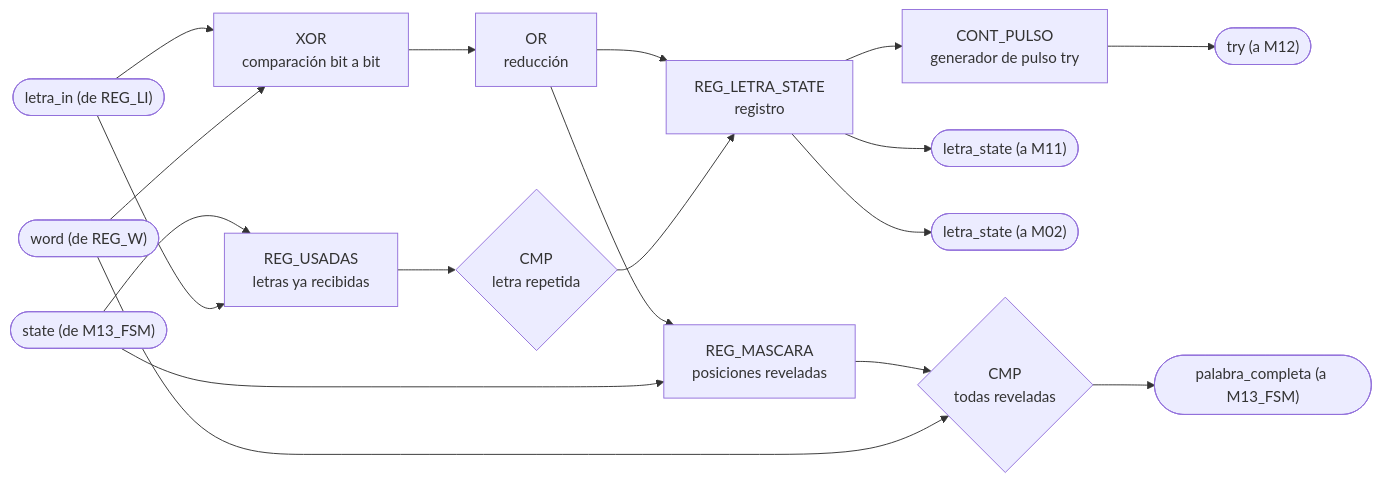
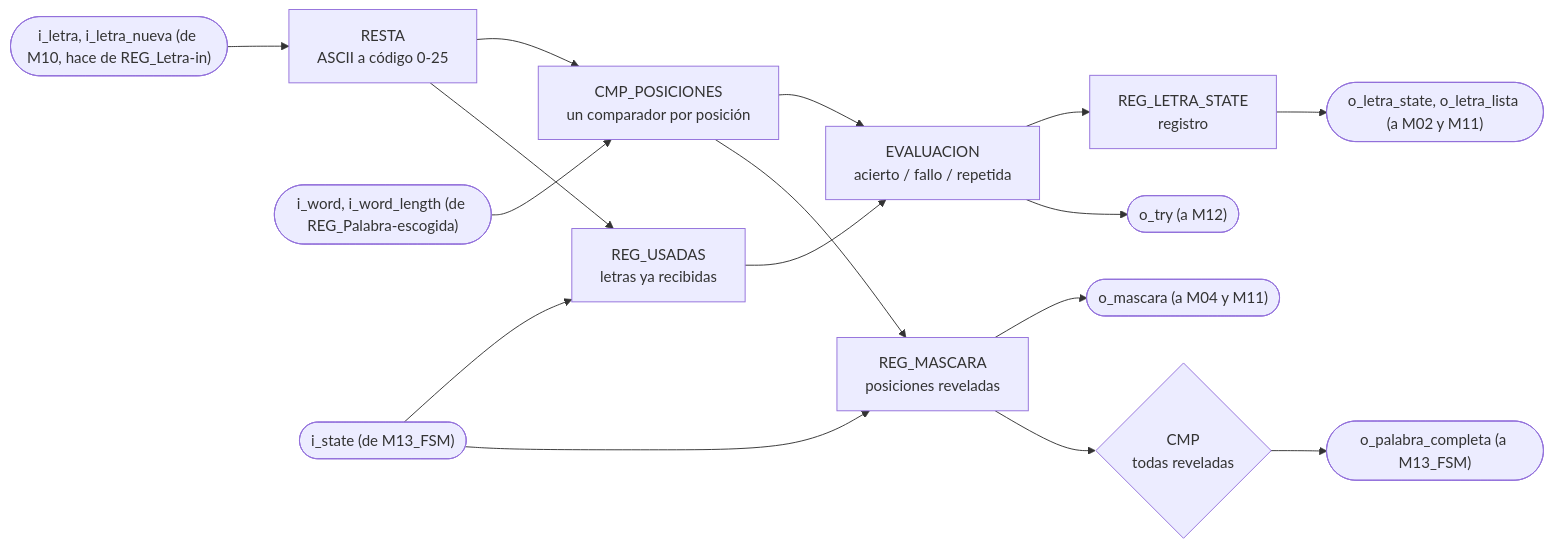
The eighth of 14 diagrams in docs/diseño/diagramas/nivel03.md (Taller-de-diseno-digital-GR01/Proyecto-2-Ahorcado), drawn with Mermaid before and after one commit. The commit also changed other lines of this file, not shown here.

````diff
--- a/docs/diseño/diagramas/nivel03.md
+++ b/docs/diseño/diagramas/nivel03.md
@@ -350,20 +352,18 @@
 ```mermaid
 flowchart LR
-    IN_LETRA(["letra_in (de REG_LI)"]) --> XOR1["XOR<br/>comparación bit a bit"]
-    IN_W(["word (de REG_W)"]) --> XOR1
-    XOR1 --> OR1["OR<br/>reducción"]
-    OR1 --> REG_ST["REG_LETRA_STATE<br/>registro"]
-    OR1 --> REG_MASC["REG_MASCARA<br/>posiciones reveladas"]
-    IN_STATE(["state (de M13_FSM)"]) --> REG_MASC
-    IN_STATE --> REG_USADAS["REG_USADAS<br/>letras ya recibidas"]
-    IN_LETRA --> REG_USADAS
-    REG_USADAS --> CMP_REP{"CMP<br/>letra repetida"}
-    CMP_REP --> REG_ST
+    IN_LETRA(["i_letra, i_letra_nueva (de M10, hace de REG_Letra-in)"]) --> CONV["RESTA<br/>ASCII a código 0-25"]
+    CONV --> CMP_POS["CMP_POSICIONES<br/>un comparador por posición"]
+    IN_W(["i_word, i_word_length (de REG_Palabra-escogida)"]) --> CMP_POS
+    CONV --> REG_USADAS["REG_USADAS<br/>letras ya recibidas"]
+    IN_STATE(["i_state (de M13_FSM)"]) --> REG_USADAS
+    IN_STATE --> REG_MASC["REG_MASCARA<br/>posiciones reveladas"]
+    CMP_POS --> EVAL["EVALUACION<br/>acierto / fallo / repetida"]
+    REG_USADAS --> EVAL
+    CMP_POS --> REG_MASC
+    EVAL --> REG_ST["REG_LETRA_STATE<br/>registro"]
+    REG_ST --> OUT_ST(["o_letra_state, o_letra_lista (a M02 y M11)"])
+    EVAL --> OUT_TRY(["o_try (a M12)"])
+    REG_MASC --> OUT_MASC(["o_mascara (a M04 y M11)"])
     REG_MASC --> CMP_FIN{"CMP<br/>todas reveladas"}
-    IN_W --> CMP_FIN
-    CMP_FIN --> OUT_COMP(["palabra_completa (a M13_FSM)"])
-    REG_ST --> OUT_M11(["letra_state (a M11)"])
-    REG_ST --> OUT_M02(["letra_state (a M02)"])
-    REG_ST --> CNT1["CONT_PULSO<br/>generador de pulso try"]
-    CNT1 --> OUT_TRY(["try (a M12)"])
+    CMP_FIN --> OUT_COMP(["o_palabra_completa (a M13_FSM)"])
 ```
````
